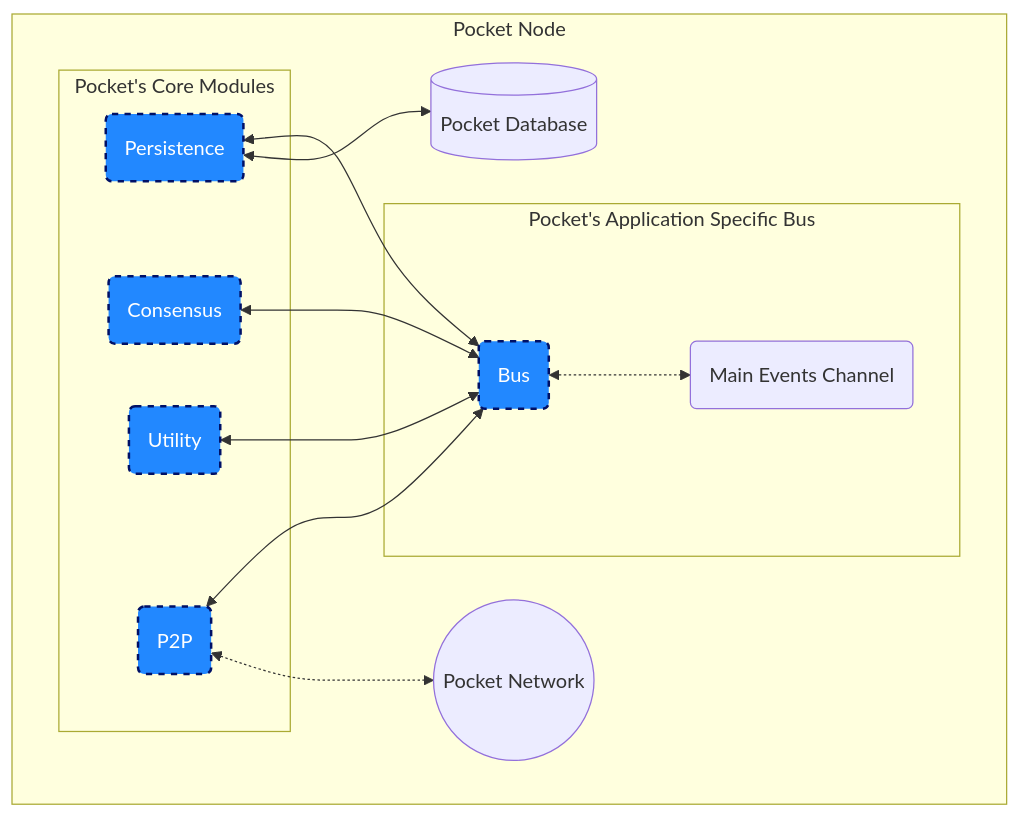
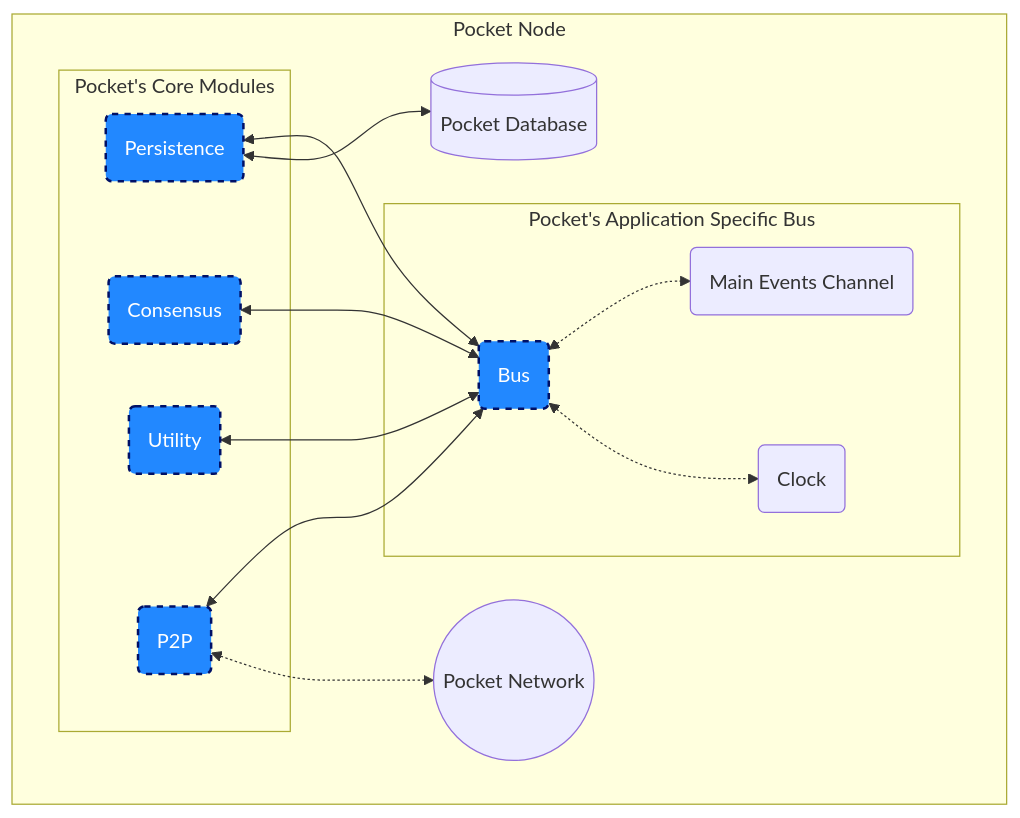
One commit to pokt-network/pocket changed the diagram in shared/README.md. Above: the diagram before and after it, drawn with Mermaid. The commit also changed other lines of this file, not shown here.

Commit message:
docs(clock): simple explanation

````diff
--- a/shared/README.md
+++ b/shared/README.md
@@ -51,26 +51,28 @@
 ```mermaid
 flowchart TD
     subgraph Pocket Node
         subgraph Pocket's Application Specific Bus
             B("Bus")
             E("Main Events Channel")
+            Clock("Clock")
             B <-.-> E
+            B <-.-> Clock
         end
         subgraph Pocket's Core Modules
             P(Persistence) & C(Consensus) & U(Utility) & P2P(P2P)
         end
         P <--> B
         C <--> B
         U <--> B
         P2P <--> B
         P <--> db
         P2P <-.-> N((Pocket Network))
         db[(Pocket Database)]
     end
 
     click P callback "Tooltip for a callback"
     click P call callback() "Tooltip for a callback"
 
     classDef module fill:#28f,stroke:#016,stroke-width:2px,color:#fff,stroke-dasharray: 5 5
     class P,C,U,P2P,B module
 ```
````
